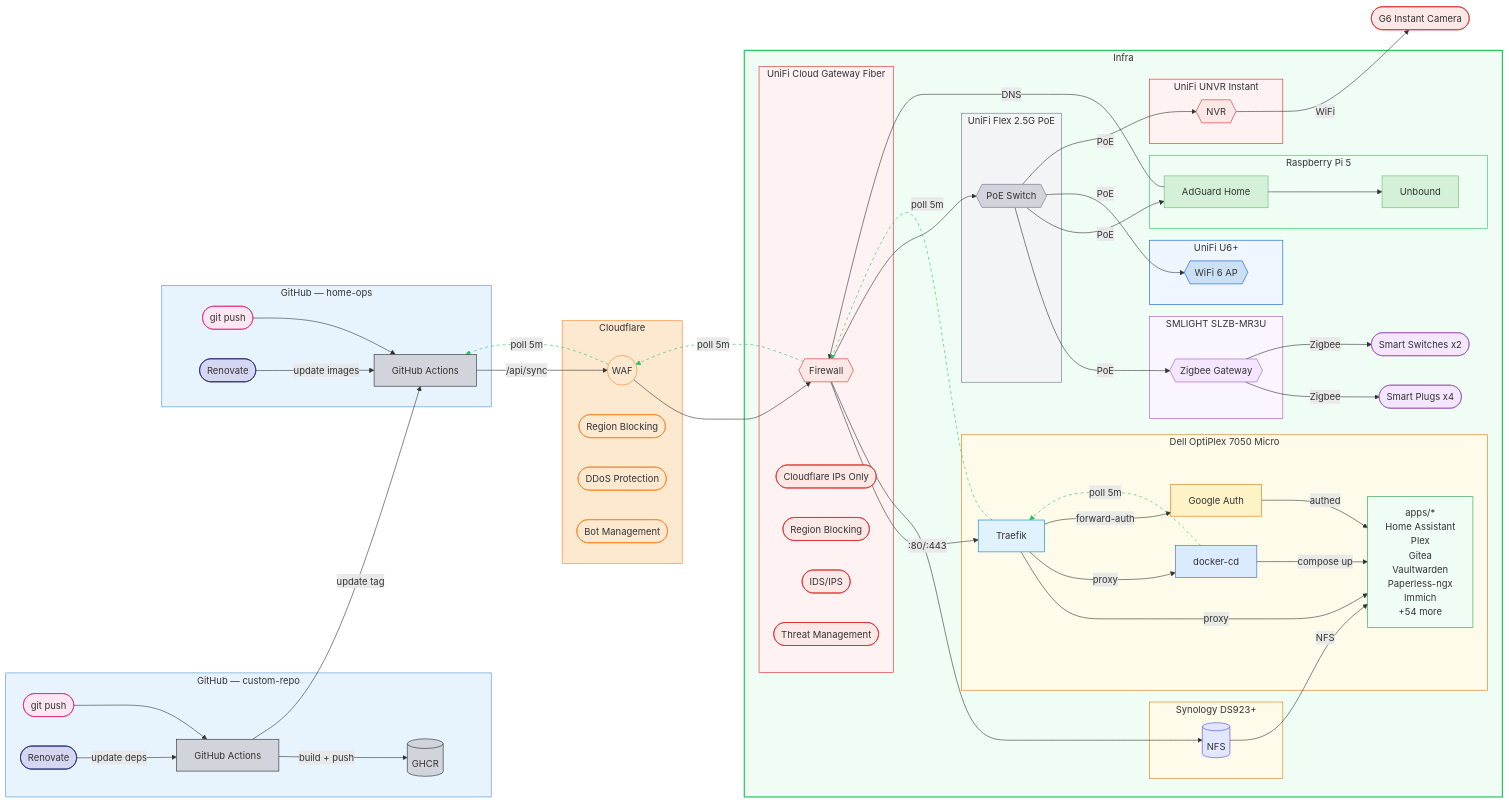
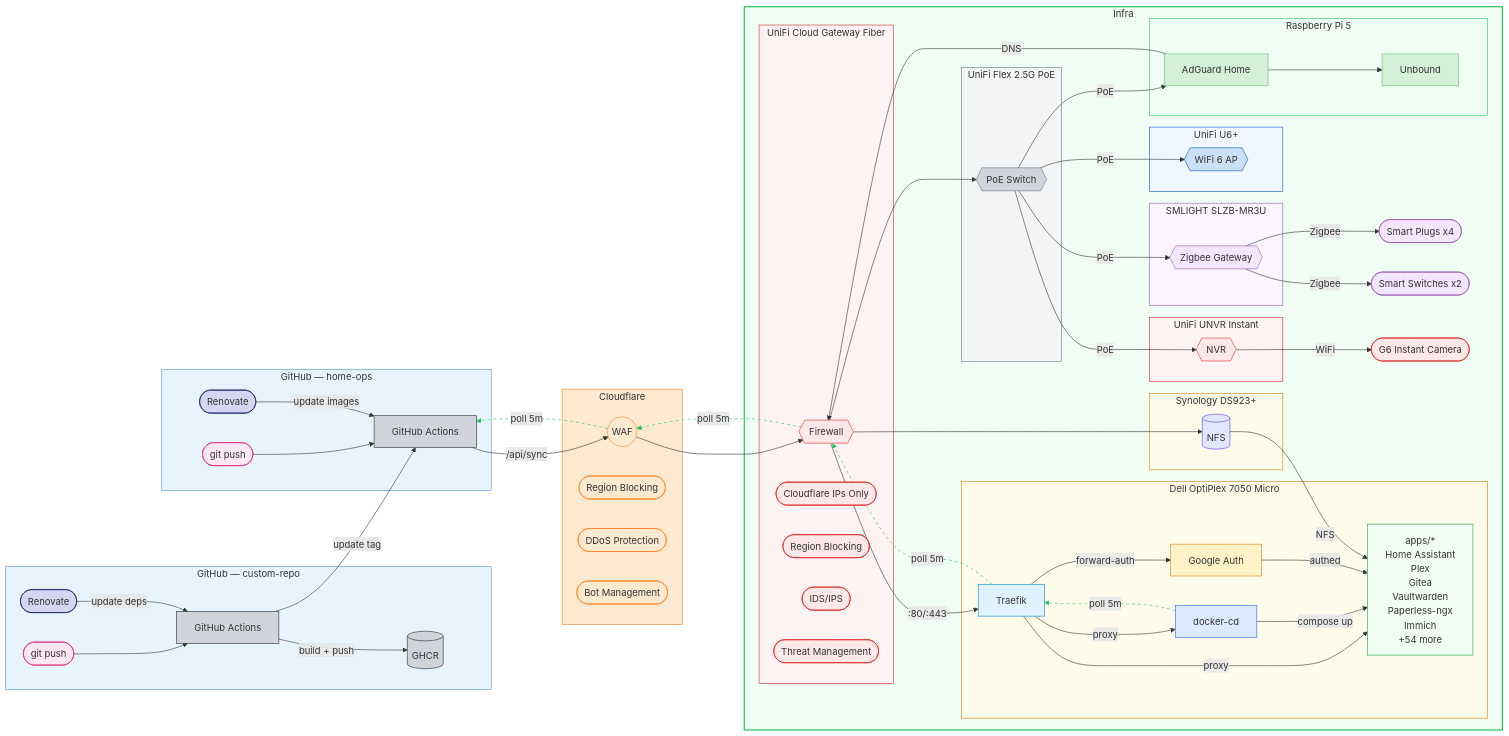
One commit to wajeht/home-ops changed the diagram in README.md. Above: the diagram before and after it, drawn with Mermaid.

Commit message:
feat: add nvr mermarid chart

````diff
--- a/README.md
+++ b/README.md
@@ -97,12 +97,11 @@
         poe -->|PoE| zigbee
         poe -->|PoE| adguard
         poe -->|PoE| ap
+        poe -->|PoE| nvr
+        nvr -->|WiFi| camera([G6 Instant Camera])
     end
 
     docker_cd -.->|poll 5m| traefik -.->|poll 5m| unifi -.->|poll 5m| cf -.->|poll 5m| ops_ci
-
-    poe -->|PoE| nvr
-    nvr -->|WiFi| camera([G6 Instant Camera])
 
     style app_repo fill:#e8f4fd,stroke:#4a90d9
     style ops_repo fill:#e8f4fd,stroke:#4a90d9
@@ -146,8 +145,8 @@
     style camera fill:#fde8e8,stroke:#dc2626,color:#333
     style plugs fill:#f5e6ff,stroke:#9b59b6,color:#333
     style switches fill:#f5e6ff,stroke:#9b59b6,color:#333
-    linkStyle 24 stroke:#22c55e,stroke-dasharray:5
-    linkStyle 25 stroke:#22c55e,stroke-dasharray:5
     linkStyle 26 stroke:#22c55e,stroke-dasharray:5
     linkStyle 27 stroke:#22c55e,stroke-dasharray:5
+    linkStyle 28 stroke:#22c55e,stroke-dasharray:5
+    linkStyle 29 stroke:#22c55e,stroke-dasharray:5
 ```
````
